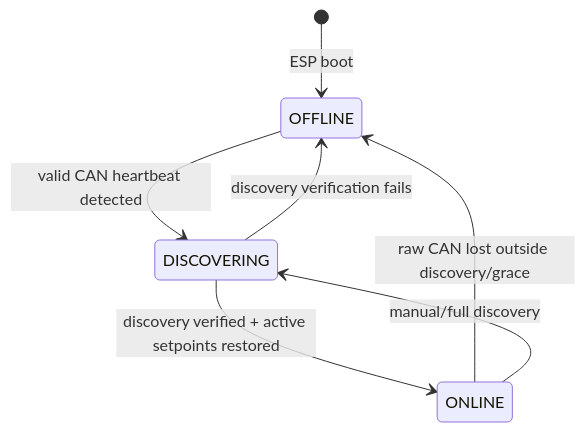
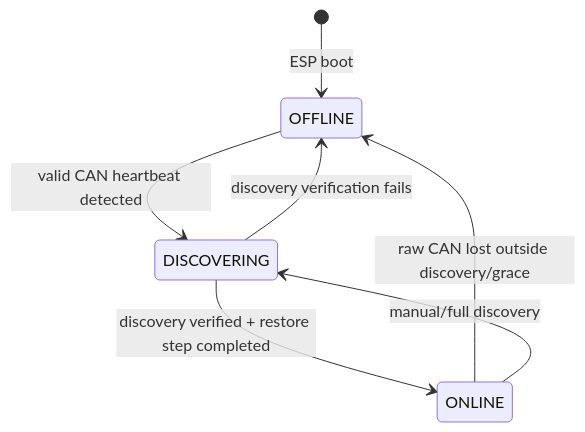
The second of 20 diagrams in R4875G1_CONTROL_FLOWS.md (anwa/esphome-r4875g1-3phase-charger), drawn with Mermaid before and after one commit. The commit also changed other lines of this file, not shown here.

Commit message:
Clarify reconnect restore lifecycle documentation

````diff
--- a/R4875G1_CONTROL_FLOWS.md
+++ b/R4875G1_CONTROL_FLOWS.md
@@ -75,11 +75,9 @@
 ```mermaid
 stateDiagram-v2
     [*] --> OFFLINE: ESP boot
-
     OFFLINE --> DISCOVERING: valid CAN heartbeat detected
-    DISCOVERING --> ONLINE: discovery verified + active setpoints restored
+    DISCOVERING --> ONLINE: discovery verified + restore step completed
     DISCOVERING --> OFFLINE: discovery verification fails
     ONLINE --> OFFLINE: raw CAN lost outside discovery/grace
-
     ONLINE --> DISCOVERING: manual/full discovery
 ```
````
